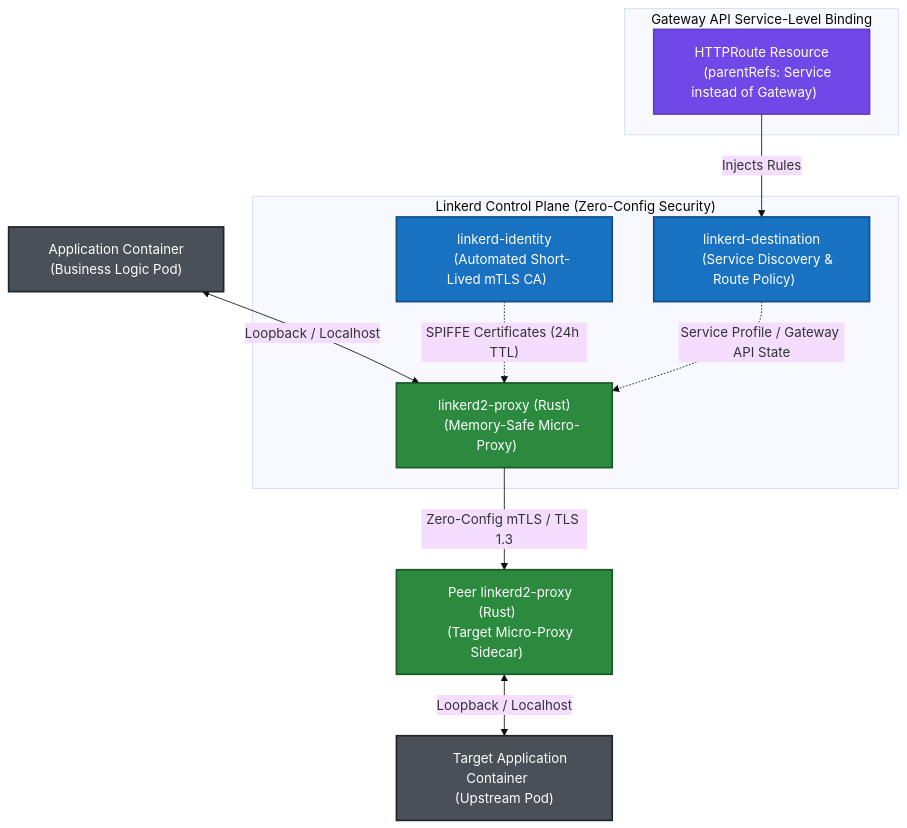
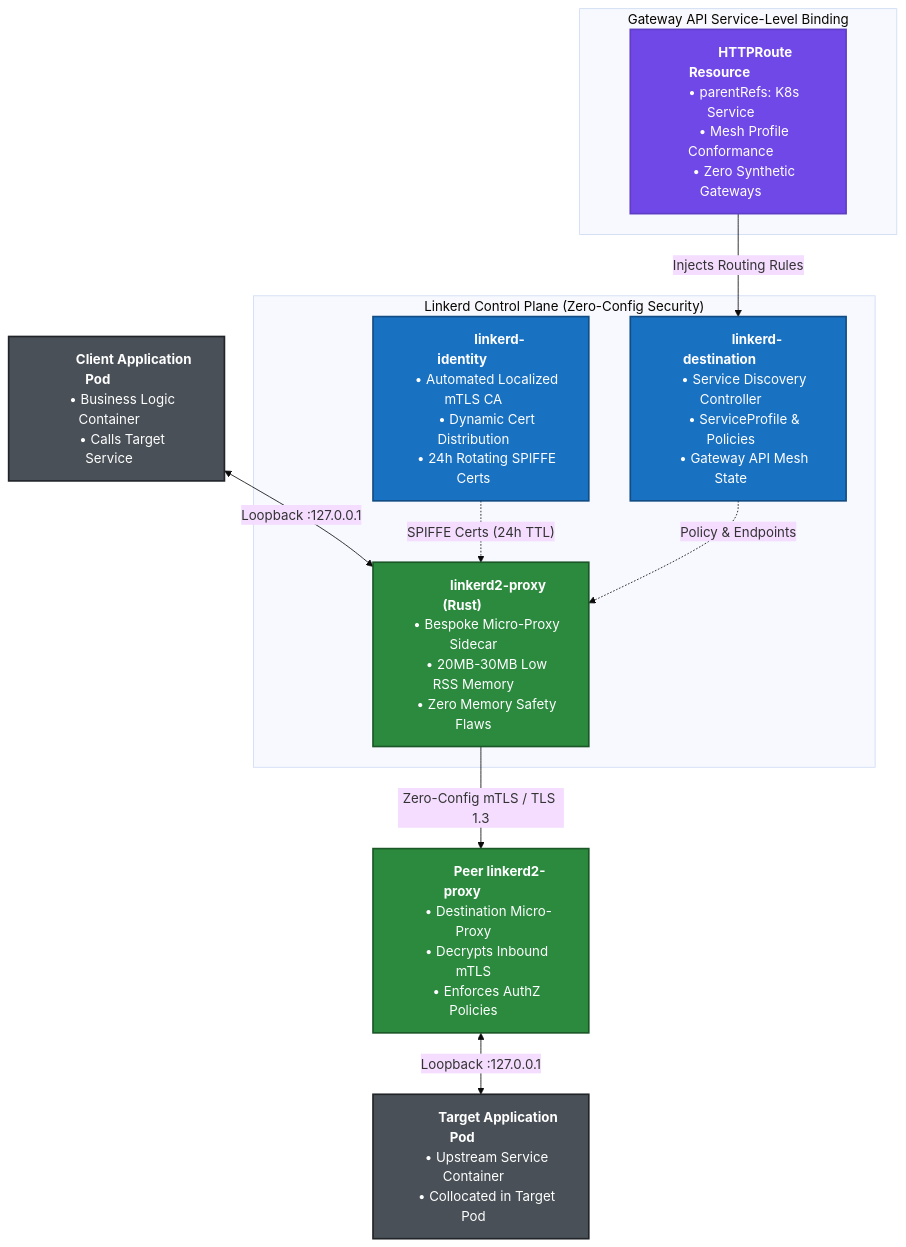
The fourth of 8 diagrams in README.md (nubenetes/cloudnative-ingress-mesh-lab), drawn with Mermaid (base theme) before and after one commit. The commit also changed other lines of this file, not shown here.

Commit message:
fix(readme): enlarge boxes and break text lines across diagrams to prevent text truncation

````diff
--- a/README.md
+++ b/README.md
@@ -401,26 +407,28 @@
 ```mermaid
 flowchart TD
-    AppPod["&nbsp;&nbsp;&nbsp;&nbsp;Application Container&nbsp;&nbsp;&nbsp;&nbsp;<br/>&nbsp;&nbsp;&nbsp;&nbsp;(Business Logic Pod)&nbsp;&nbsp;&nbsp;&nbsp;"] <-->|"Loopback / Localhost"| RustProxy["&nbsp;&nbsp;&nbsp;&nbsp;linkerd2-proxy (Rust)&nbsp;&nbsp;&nbsp;&nbsp;<br/>&nbsp;&nbsp;&nbsp;&nbsp;(Memory-Safe Micro-Proxy)&nbsp;&nbsp;&nbsp;&nbsp;"]
+    AppPod["&nbsp;&nbsp;&nbsp;&nbsp;&nbsp;&nbsp;&nbsp;&nbsp;&nbsp;&nbsp;<b>Client Application Pod</b>&nbsp;&nbsp;&nbsp;&nbsp;&nbsp;&nbsp;&nbsp;&nbsp;&nbsp;&nbsp;<br/>&nbsp;&nbsp;&nbsp;&nbsp;• Business Logic Container&nbsp;&nbsp;&nbsp;&nbsp;<br/>&nbsp;&nbsp;&nbsp;&nbsp;• Calls Target Service&nbsp;&nbsp;&nbsp;&nbsp;"] <-->|"Loopback :127.0.0.1"| RustProxy["&nbsp;&nbsp;&nbsp;&nbsp;&nbsp;&nbsp;&nbsp;&nbsp;&nbsp;&nbsp;<b>linkerd2-proxy (Rust)</b>&nbsp;&nbsp;&nbsp;&nbsp;&nbsp;&nbsp;&nbsp;&nbsp;&nbsp;&nbsp;<br/>&nbsp;&nbsp;&nbsp;&nbsp;• Bespoke Micro-Proxy Sidecar&nbsp;&nbsp;&nbsp;&nbsp;<br/>&nbsp;&nbsp;&nbsp;&nbsp;• 20MB-30MB Low RSS Memory&nbsp;&nbsp;&nbsp;&nbsp;<br/>&nbsp;&nbsp;&nbsp;&nbsp;• Zero Memory Safety Flaws&nbsp;&nbsp;&nbsp;&nbsp;"]
     
-    subgraph ControlPlane ["&nbsp;&nbsp;Linkerd Control Plane (Zero-Config Security)&nbsp;&nbsp;"]
-        Identity["&nbsp;&nbsp;&nbsp;&nbsp;linkerd-identity&nbsp;&nbsp;&nbsp;&nbsp;<br/>&nbsp;&nbsp;&nbsp;&nbsp;(Automated Short-Lived mTLS CA)&nbsp;&nbsp;&nbsp;&nbsp;"] -.->|"SPIFFE Certificates (24h TTL)"| RustProxy
-        Destination["&nbsp;&nbsp;&nbsp;&nbsp;linkerd-destination&nbsp;&nbsp;&nbsp;&nbsp;<br/>&nbsp;&nbsp;&nbsp;&nbsp;(Service Discovery & Route Policy)&nbsp;&nbsp;&nbsp;&nbsp;"] -.->|"Service Profile / Gateway API State"| RustProxy
+    subgraph ControlPlane ["&nbsp;&nbsp;&nbsp;&nbsp;&nbsp;&nbsp;&nbsp;&nbsp;&nbsp;&nbsp;&nbsp;&nbsp;Linkerd Control Plane (Zero-Config Security)&nbsp;&nbsp;&nbsp;&nbsp;&nbsp;&nbsp;&nbsp;&nbsp;&nbsp;&nbsp;&nbsp;&nbsp;"]
+        Identity["&nbsp;&nbsp;&nbsp;&nbsp;&nbsp;&nbsp;&nbsp;&nbsp;&nbsp;&nbsp;<b>linkerd-identity</b>&nbsp;&nbsp;&nbsp;&nbsp;&nbsp;&nbsp;&nbsp;&nbsp;&nbsp;&nbsp;<br/>&nbsp;&nbsp;&nbsp;&nbsp;• Automated Localized mTLS CA&nbsp;&nbsp;&nbsp;&nbsp;<br/>&nbsp;&nbsp;&nbsp;&nbsp;• Dynamic Cert Distribution&nbsp;&nbsp;&nbsp;&nbsp;<br/>&nbsp;&nbsp;&nbsp;&nbsp;• 24h Rotating SPIFFE Certs&nbsp;&nbsp;&nbsp;&nbsp;"] -.->|"SPIFFE Certs (24h TTL)"| RustProxy
+        
+        Destination["&nbsp;&nbsp;&nbsp;&nbsp;&nbsp;&nbsp;&nbsp;&nbsp;&nbsp;&nbsp;<b>linkerd-destination</b>&nbsp;&nbsp;&nbsp;&nbsp;&nbsp;&nbsp;&nbsp;&nbsp;&nbsp;&nbsp;<br/>&nbsp;&nbsp;&nbsp;&nbsp;• Service Discovery Controller&nbsp;&nbsp;&nbsp;&nbsp;<br/>&nbsp;&nbsp;&nbsp;&nbsp;• ServiceProfile & Policies&nbsp;&nbsp;&nbsp;&nbsp;<br/>&nbsp;&nbsp;&nbsp;&nbsp;• Gateway API Mesh State&nbsp;&nbsp;&nbsp;&nbsp;"] -.->|"Policy & Endpoints"| RustProxy
     end
     
-    subgraph RoutingModel ["&nbsp;&nbsp;Gateway API Service-Level Binding&nbsp;&nbsp;"]
-        HTTPRoute["&nbsp;&nbsp;&nbsp;&nbsp;HTTPRoute Resource&nbsp;&nbsp;&nbsp;&nbsp;<br/>&nbsp;&nbsp;&nbsp;&nbsp;(parentRefs: Service instead of Gateway)&nbsp;&nbsp;&nbsp;&nbsp;"] -->|"Injects Rules"| Destination
+    subgraph RoutingModel ["&nbsp;&nbsp;&nbsp;&nbsp;&nbsp;&nbsp;&nbsp;&nbsp;&nbsp;&nbsp;&nbsp;&nbsp;Gateway API Service-Level Binding&nbsp;&nbsp;&nbsp;&nbsp;&nbsp;&nbsp;&nbsp;&nbsp;&nbsp;&nbsp;&nbsp;&nbsp;"]
+        HTTPRoute["&nbsp;&nbsp;&nbsp;&nbsp;&nbsp;&nbsp;&nbsp;&nbsp;&nbsp;&nbsp;<b>HTTPRoute Resource</b>&nbsp;&nbsp;&nbsp;&nbsp;&nbsp;&nbsp;&nbsp;&nbsp;&nbsp;&nbsp;<br/>&nbsp;&nbsp;&nbsp;&nbsp;• parentRefs: K8s Service&nbsp;&nbsp;&nbsp;&nbsp;<br/>&nbsp;&nbsp;&nbsp;&nbsp;• Mesh Profile Conformance&nbsp;&nbsp;&nbsp;&nbsp;<br/>&nbsp;&nbsp;&nbsp;&nbsp;• Zero Synthetic Gateways&nbsp;&nbsp;&nbsp;&nbsp;"] -->|"Injects Routing Rules"| Destination
     end
 
-    RustProxy -->|"Zero-Config mTLS / TLS 1.3"| PeerProxy["&nbsp;&nbsp;&nbsp;&nbsp;Peer linkerd2-proxy (Rust)&nbsp;&nbsp;&nbsp;&nbsp;<br/>&nbsp;&nbsp;&nbsp;&nbsp;(Target Micro-Proxy Sidecar)&nbsp;&nbsp;&nbsp;&nbsp;"]
-    PeerProxy <-->|"Loopback / Localhost"| TargetApp["&nbsp;&nbsp;&nbsp;&nbsp;Target Application Container&nbsp;&nbsp;&nbsp;&nbsp;<br/>&nbsp;&nbsp;&nbsp;&nbsp;(Upstream Pod)&nbsp;&nbsp;&nbsp;&nbsp;"]
+    RustProxy -->|"Zero-Config mTLS / TLS 1.3"| PeerProxy["&nbsp;&nbsp;&nbsp;&nbsp;&nbsp;&nbsp;&nbsp;&nbsp;&nbsp;&nbsp;<b>Peer linkerd2-proxy</b>&nbsp;&nbsp;&nbsp;&nbsp;&nbsp;&nbsp;&nbsp;&nbsp;&nbsp;&nbsp;<br/>&nbsp;&nbsp;&nbsp;&nbsp;• Destination Micro-Proxy&nbsp;&nbsp;&nbsp;&nbsp;<br/>&nbsp;&nbsp;&nbsp;&nbsp;• Decrypts Inbound mTLS&nbsp;&nbsp;&nbsp;&nbsp;<br/>&nbsp;&nbsp;&nbsp;&nbsp;• Enforces AuthZ Policies&nbsp;&nbsp;&nbsp;&nbsp;"]
+    
+    PeerProxy <-->|"Loopback :127.0.0.1"| TargetApp["&nbsp;&nbsp;&nbsp;&nbsp;&nbsp;&nbsp;&nbsp;&nbsp;&nbsp;&nbsp;<b>Target Application Pod</b>&nbsp;&nbsp;&nbsp;&nbsp;&nbsp;&nbsp;&nbsp;&nbsp;&nbsp;&nbsp;<br/>&nbsp;&nbsp;&nbsp;&nbsp;• Upstream Service Container&nbsp;&nbsp;&nbsp;&nbsp;<br/>&nbsp;&nbsp;&nbsp;&nbsp;• Collocated in Target Pod&nbsp;&nbsp;&nbsp;&nbsp;"]
 
     classDef app fill:#495057,stroke:#212529,stroke-width:2px,color:#fff;
     classDef proxy fill:#2b8a3e,stroke:#1b5727,stroke-width:2px,color:#fff;
     classDef cp fill:#1971c2,stroke:#114d84,stroke-width:2px,color:#fff;
     classDef k8s fill:#7048e8,stroke:#5f3dc4,stroke-width:2px,color:#fff;
 
     class AppPod,TargetApp app;
     class RustProxy,PeerProxy proxy;
     class Identity,Destination cp;
     class HTTPRoute k8s;
 ```
````
